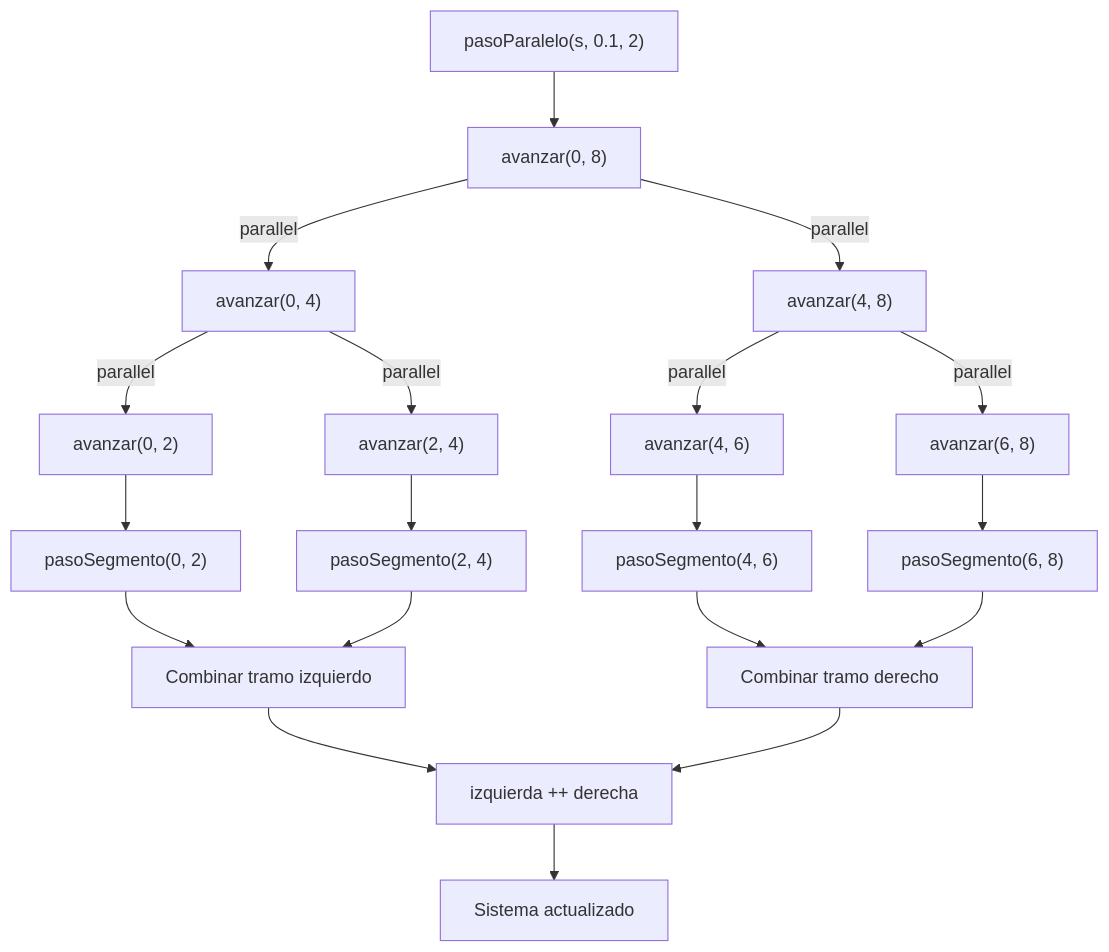
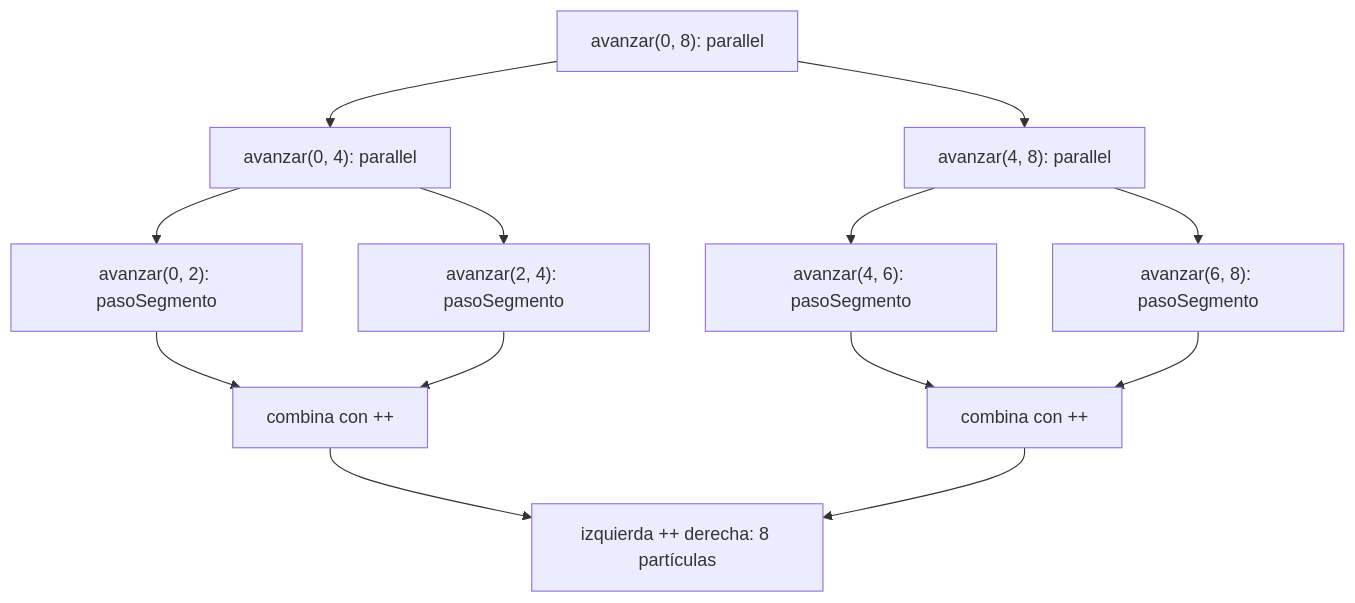
One commit to SergioAleQ/pfc-taller-4-simulacion-particulas changed the first of 2 diagrams in docs/proceso.md. Above: the diagram before and after it, drawn with Mermaid. The commit also changed other lines of this file and 3 other files, not shown here.

````diff
--- a/docs/proceso.md
+++ b/docs/proceso.md
@@ -169,21 +116,15 @@
 ```mermaid
 graph TD
-    A["pasoParalelo(s, 0.1, 2)"] --> B["avanzar(0, 8)"]
-    B -->|parallel| C["avanzar(0, 4)"]
-    B -->|parallel| D["avanzar(4, 8)"]
-    C -->|parallel| E["avanzar(0, 2)"]
-    C -->|parallel| F["avanzar(2, 4)"]
-    D -->|parallel| G["avanzar(4, 6)"]
-    D -->|parallel| H["avanzar(6, 8)"]
-    E --> I["pasoSegmento(0, 2)"]
-    F --> J["pasoSegmento(2, 4)"]
-    G --> K["pasoSegmento(4, 6)"]
-    H --> L["pasoSegmento(6, 8)"]
-    I --> M["Combinar tramo izquierdo"]
-    J --> M
-    K --> N["Combinar tramo derecho"]
-    L --> N
-    M --> O["izquierda ++ derecha"]
-    N --> O
-    O --> P["Sistema actualizado"]
+    A["avanzar(0, 8): parallel"] --> B["avanzar(0, 4): parallel"]
+    A --> C["avanzar(4, 8): parallel"]
+    B --> D["avanzar(0, 2): pasoSegmento"]
+    B --> E["avanzar(2, 4): pasoSegmento"]
+    C --> F["avanzar(4, 6): pasoSegmento"]
+    C --> G["avanzar(6, 8): pasoSegmento"]
+    D --> H["combina con ++"]
+    E --> H
+    F --> I["combina con ++"]
+    G --> I
+    H --> J["izquierda ++ derecha: 8 partículas"]
+    I --> J
 ```
````
